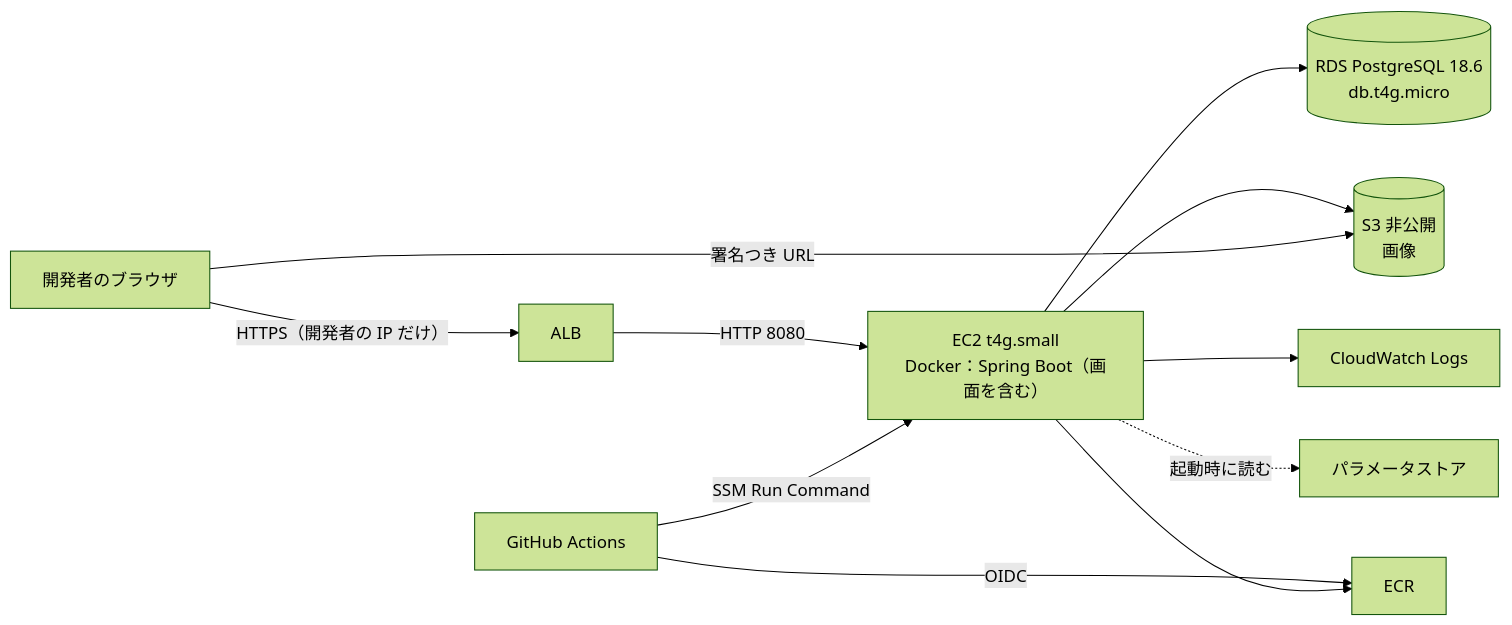
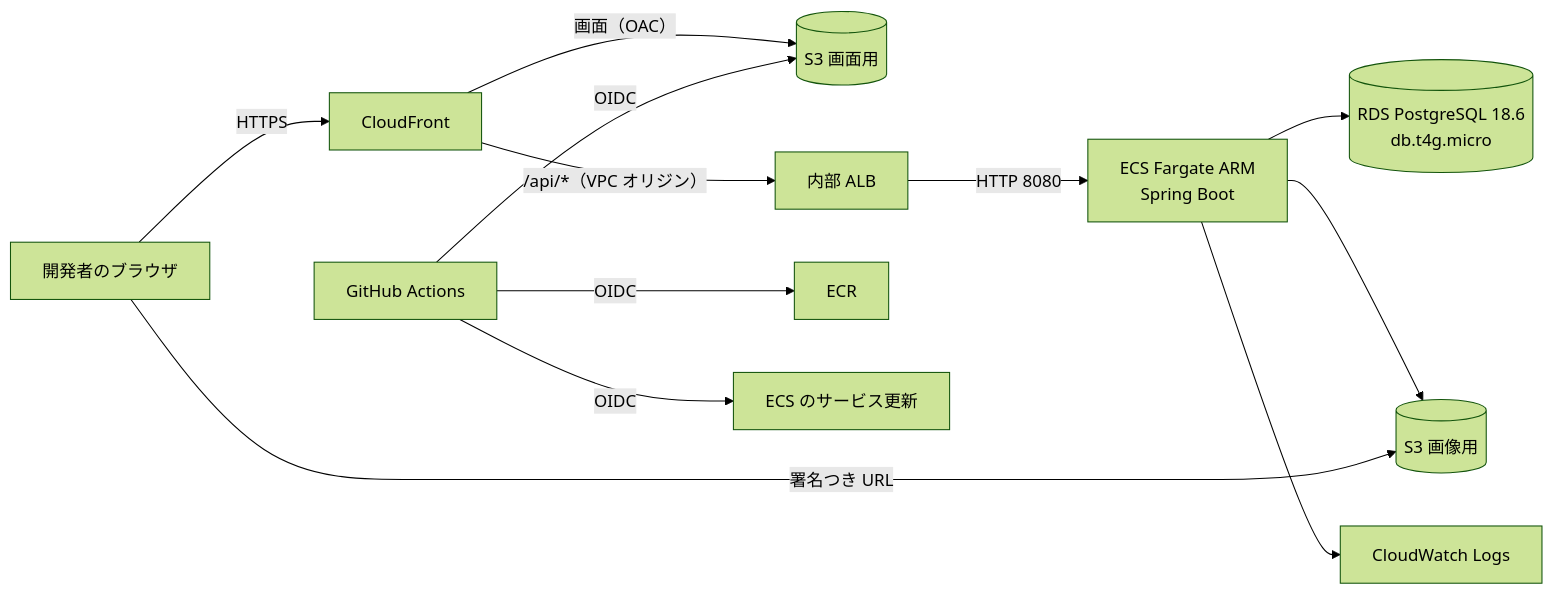
Before and after one commit to major182/RaiseTimeline: the diagram in docs/09_deployment.md, drawn with Mermaid (forest theme). The commit also changed other lines of this file and 6 other files, not shown here.

Commit message:
デプロイの構成を CloudFront・S3・ALB・ECS Fargate・RDS に変更 (#98)

````diff
--- a/docs/09_deployment.md
+++ b/docs/09_deployment.md
@@ -26,13 +28,14 @@
 ```mermaid
 flowchart LR
-  dev[開発者のブラウザ] -- "HTTPS（開発者の IP だけ）" --> alb[ALB]
-  alb -- "HTTP 8080" --> ec2["EC2 t4g.small\nDocker：Spring Boot（画面を含む）"]
-  ec2 --> rds[("RDS PostgreSQL 18.6\ndb.t4g.micro")]
-  ec2 --> s3[("S3 非公開\n画像")]
-  ec2 --> logs[CloudWatch Logs]
-  ec2 -. 起動時に読む .-> ssm[パラメータストア]
-  dev -- "署名つき URL" --> s3
+  dev[開発者のブラウザ] -- HTTPS --> cf[CloudFront]
+  cf -- "画面（OAC）" --> web[("S3 画面用")]
+  cf -- "/api/*（VPC オリジン）" --> alb[内部 ALB]
+  alb -- "HTTP 8080" --> app["ECS Fargate ARM\nSpring Boot"]
+  app --> rds[("RDS PostgreSQL 18.6\ndb.t4g.micro")]
+  app --> img[("S3 画像用")]
+  app --> logs[CloudWatch Logs]
+  dev -- "署名つき URL" --> img
   gha[GitHub Actions] -- OIDC --> ecr[ECR]
-  gha -- "SSM Run Command" --> ec2
-  ec2 --> ecr
+  gha -- OIDC --> web
+  gha -- OIDC --> ecs[ECS のサービス更新]
 ```
````
